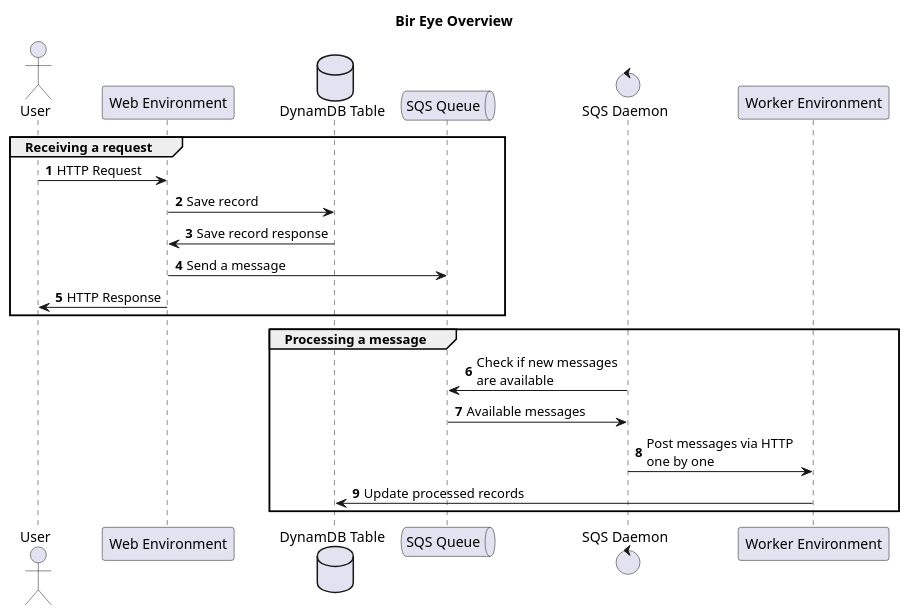
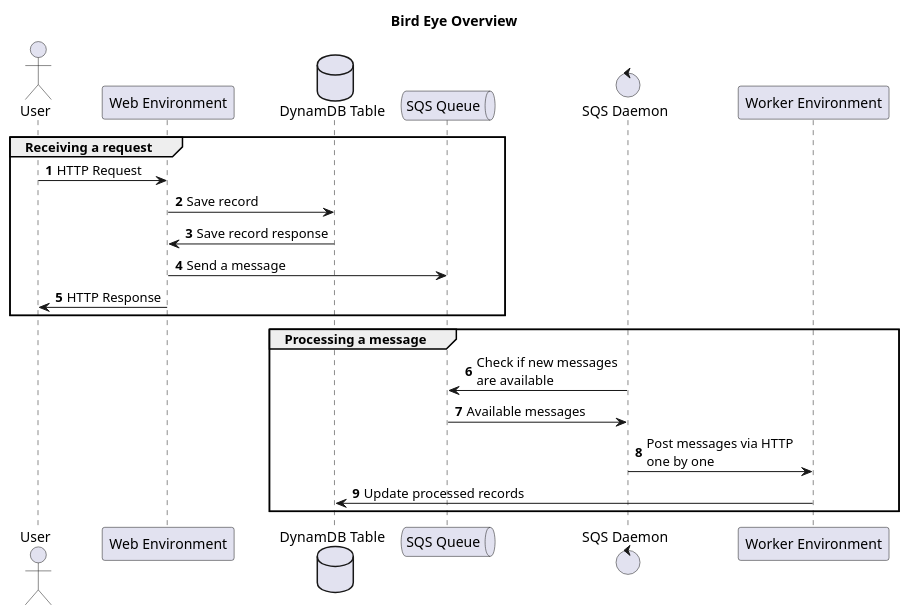
Before and after one commit to aabarmin/epam-eb-example-2022: the diagram in diagrams/src/main/plantuml/Overview.puml, drawn with PlantUML. The commit also changed 3 other files, not shown here.

```diff
--- a/diagrams/src/main/plantuml/Overview.puml
+++ b/diagrams/src/main/plantuml/Overview.puml
@@ -1,27 +1,27 @@
 @startuml Bird Eye Overview
-title: Bir Eye Overview
+title: Bird Eye Overview
 autonumber
 
 actor User as user
 participant "Web Environment" as webapp
 database "DynamDB Table" as db
 queue "SQS Queue" as queue
 control "SQS Daemon" as daemon
 participant "Worker Environment" as workerapp
 
 group Receiving a request
     user -> webapp: HTTP Request
     webapp -> db: Save record
     webapp <- db: Save record response
     webapp -> queue: Send a message
     webapp -> user: HTTP Response
 end
 
 group Processing a message
     daemon -> queue: Check if new messages \nare available
     queue -> daemon: Available messages
     daemon -> workerapp: Post messages via HTTP \none by one
     workerapp -> db: Update processed records
 end
 
 @enduml
```
